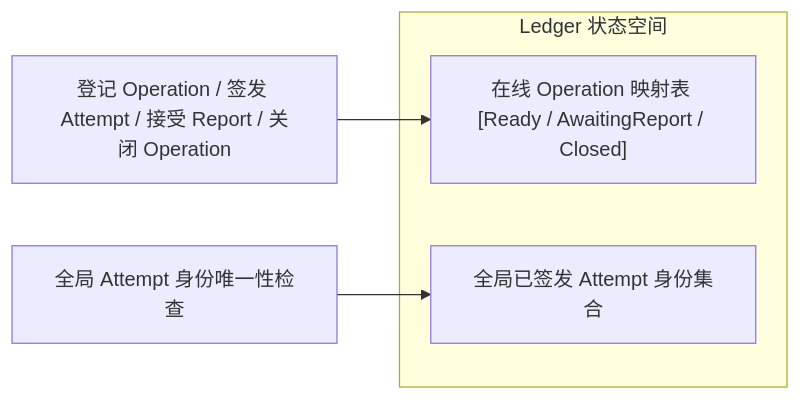
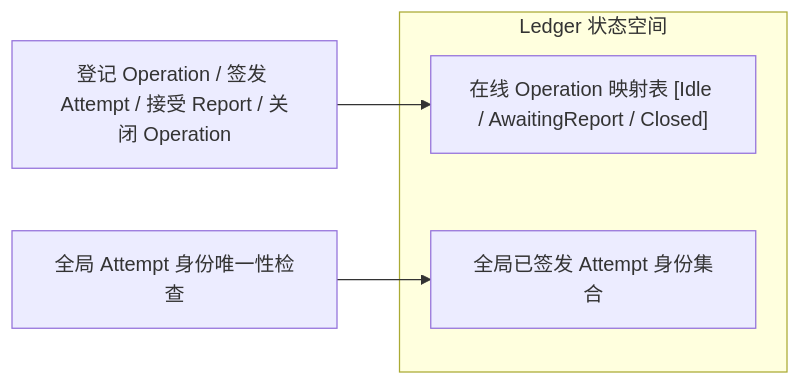
One commit to Everfold/Beamlet changed the first of 2 diagrams in spec/02-ledger.md. Above: the diagram before and after it, drawn with Mermaid. The commit also changed other lines of this file and 19 other files, not shown here.

````diff
--- a/spec/02-ledger.md
+++ b/spec/02-ledger.md
@@ -10,10 +10,10 @@
 ```mermaid
 flowchart LR
     subgraph Ledger["Ledger 状态空间"]
-        OPS["在线 Operation 映射表 [Ready / AwaitingReport / Closed]"]
+        OPS["在线 Operation 映射表 [Idle / AwaitingReport / Closed]"]
         USED["全局已签发 Attempt 身份集合"]
     end
 
     ACT["登记 Operation / 签发 Attempt / 接受 Report / 关闭 Operation"] --> OPS
     UNIQ["全局 Attempt 身份唯一性检查"] --> USED
 ```
````
